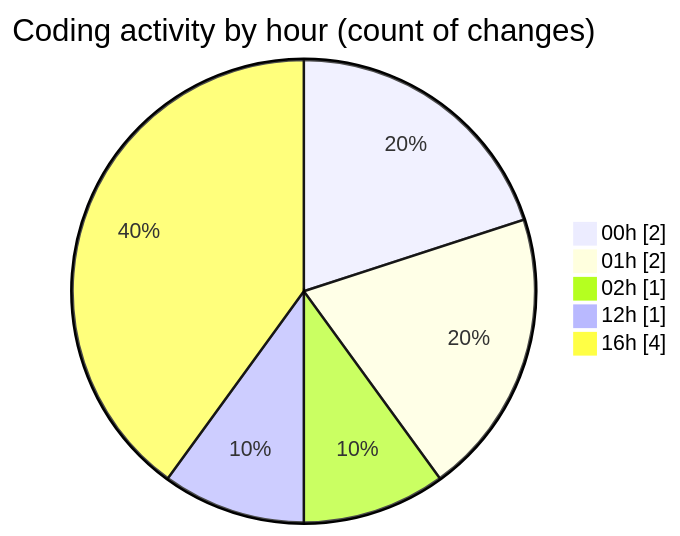
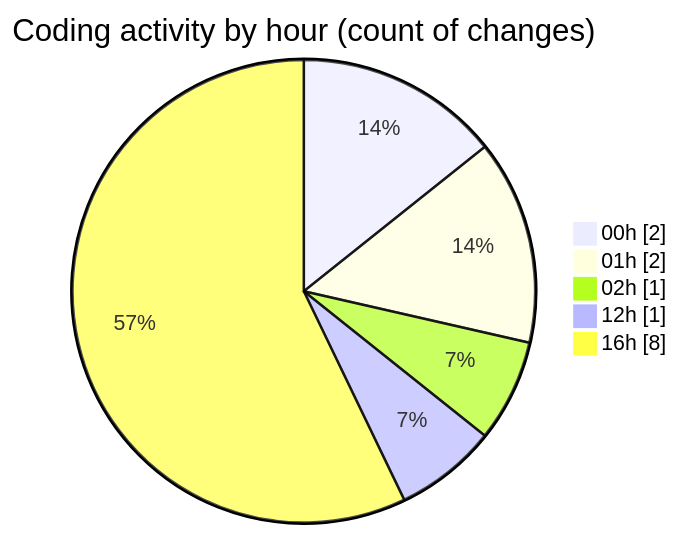
One commit to shibass792/code-tracking changed the second of 2 diagrams in 2026-07-09/twenty_versions_aminor/README.md. Above: the diagram before and after it, drawn with Mermaid. The commit also changed other lines of this file and 1 other file, not shown here.

````diff
--- a/2026-07-09/twenty_versions_aminor/README.md
+++ b/2026-07-09/twenty_versions_aminor/README.md
@@ -35,9 +35,9 @@
 ```mermaid
 pie showData
 title Coding activity by hour (count of changes)
 "00h" : 2
 "01h" : 2
 "02h" : 1
 "12h" : 1
-"16h" : 4
+"16h" : 8
 ```
````
